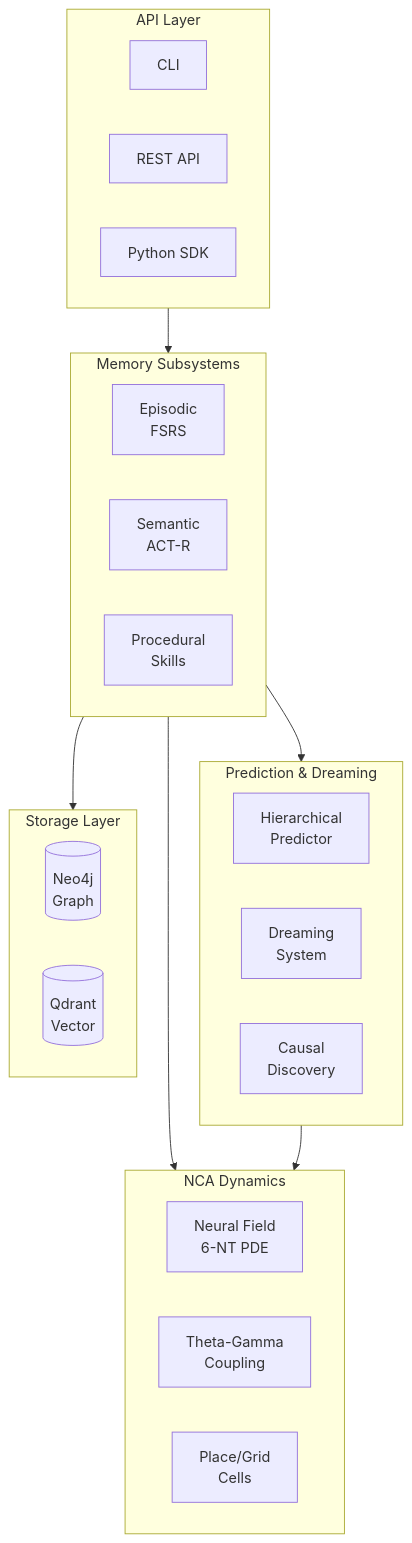
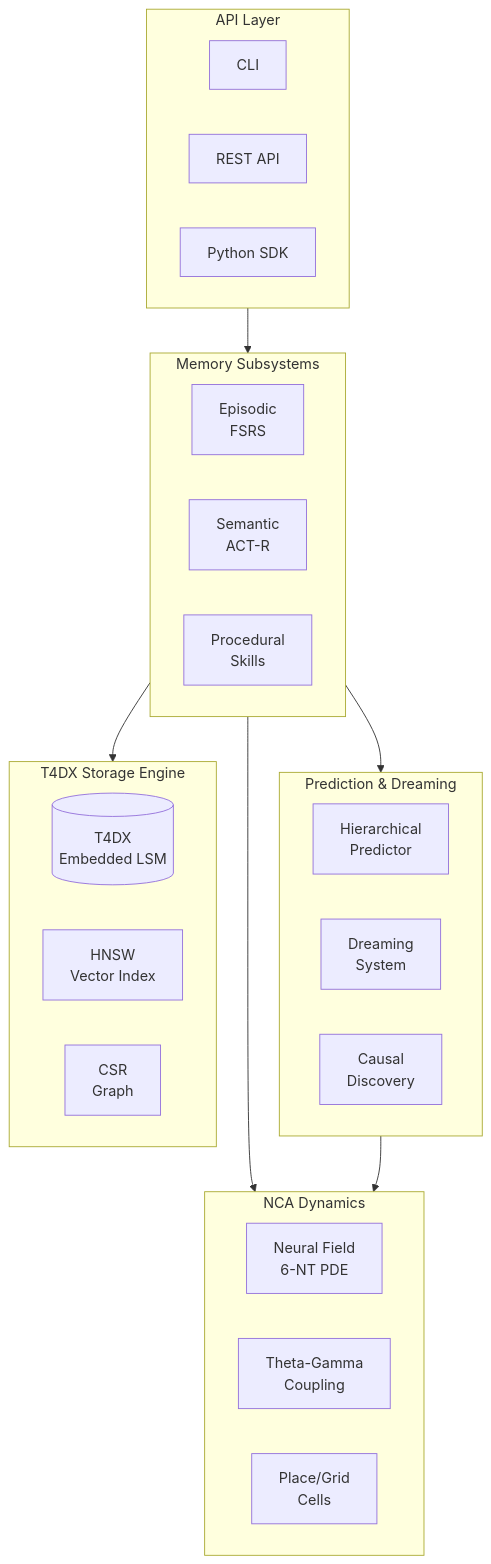
Before and after one commit to astoreyai/t4d: the diagram in docs/index.md, drawn with Mermaid. The commit also changed 29 other files, not shown here.

First line of the commit message:
Docs cleanup: Remove Neo4j/Qdrant refs, add missing diagram renders

````diff
--- a/docs/index.md
+++ b/docs/index.md
@@ -86,37 +86,38 @@
 ```mermaid
 graph TB
     subgraph API["API Layer"]
         CLI[CLI]
         REST[REST API]
         SDK[Python SDK]
     end
 
     subgraph Memory["Memory Subsystems"]
         EP[Episodic<br/>FSRS]
         SEM[Semantic<br/>ACT-R]
         PROC[Procedural<br/>Skills]
     end
 
     subgraph Prediction["Prediction & Dreaming"]
         HIER[Hierarchical<br/>Predictor]
         DREAM[Dreaming<br/>System]
         CAUSAL[Causal<br/>Discovery]
     end
 
     subgraph NCA["NCA Dynamics"]
         NT[Neural Field<br/>6-NT PDE]
         TG[Theta-Gamma<br/>Coupling]
         SPACE[Place/Grid<br/>Cells]
     end
 
-    subgraph Storage["Storage Layer"]
-        NEO4J[(Neo4j<br/>Graph)]
-        QDRANT[(Qdrant<br/>Vector)]
+    subgraph Storage["T4DX Storage Engine"]
+        T4DX[(T4DX<br/>Embedded LSM)]
+        HNSW[HNSW<br/>Vector Index]
+        CSR[CSR<br/>Graph]
     end
 
     API --> Memory
     Memory --> Prediction
     Memory --> NCA
     Prediction --> NCA
     Memory --> Storage
 ```
````
